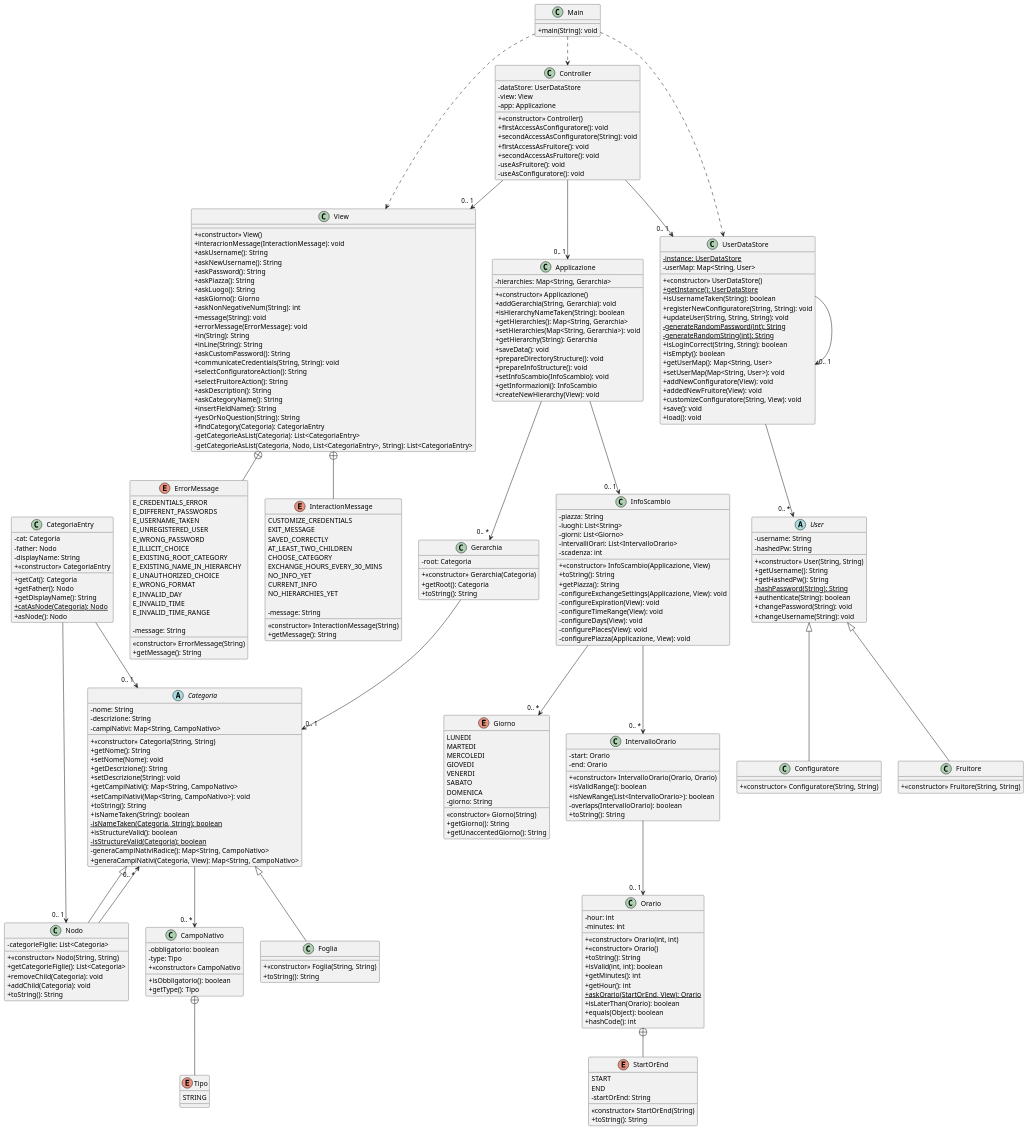
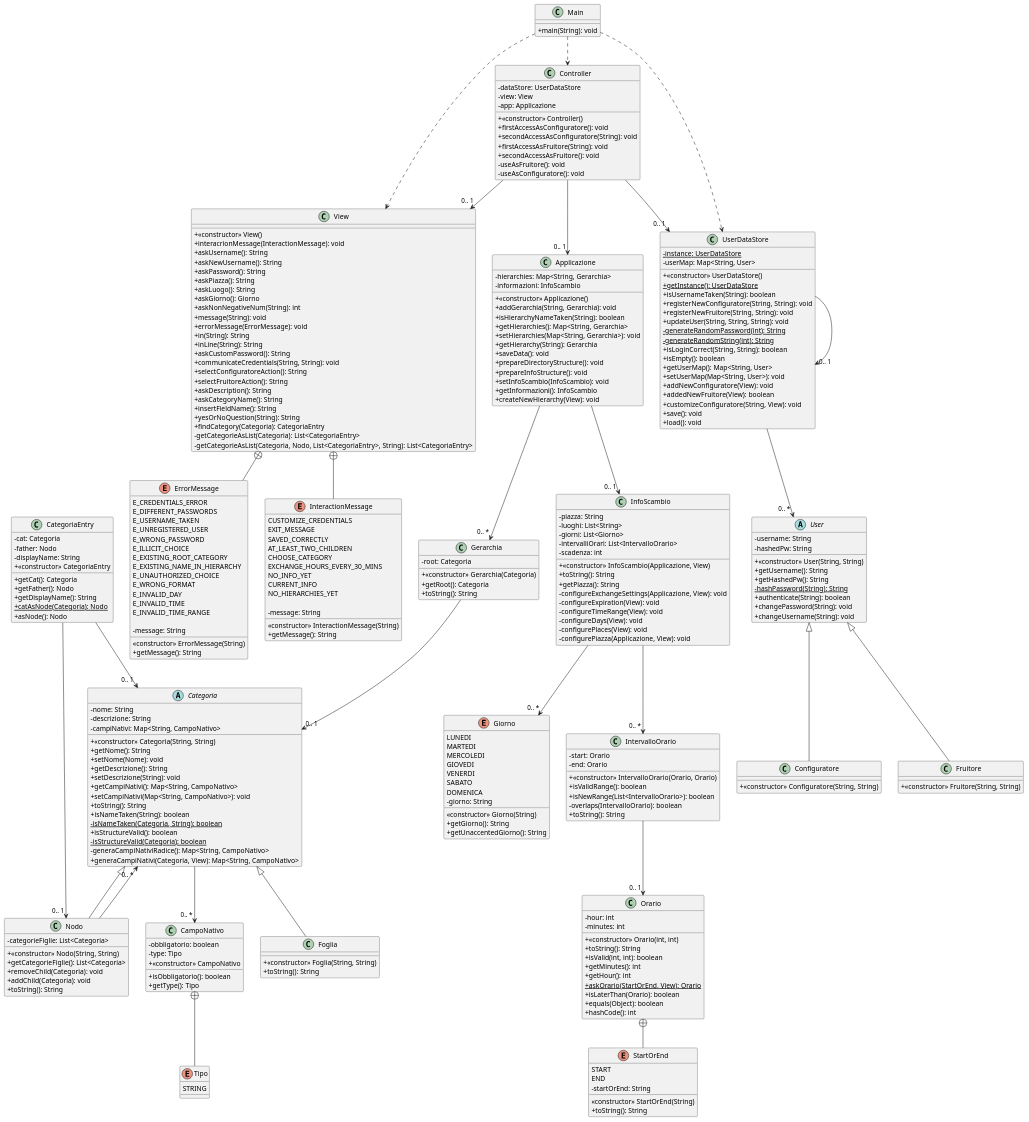
Before and after one commit to eletoo/inge_del_software: the diagram in doc/uml/version2/puml/Partial class diagram-Version2.0.puml, drawn with PlantUML. The commit also changed 1 other file, not shown here.

```diff
--- a/doc/uml/version2/puml/Partial class diagram-Version2.0.puml
+++ b/doc/uml/version2/puml/Partial class diagram-Version2.0.puml
@@ -3,6 +3,7 @@
 
 class Applicazione{
 - hierarchies: Map<String, Gerarchia>
+- informazioni: InfoScambio
 + <<constructor>> Applicazione()
 + addGerarchia(String, Gerarchia): void
 + isHierarchyNameTaken(String): boolean
@@ -147,7 +148,6 @@
 - hour: int
 - minutes: int
 + <<constructor>> Orario(int, int)
-+ <<constructor>> Orario()
 + toString(): String
 + isValid(int, int): boolean
 + getMinutes(): int
@@ -236,6 +236,7 @@
 + {static}getInstance(): UserDataStore
 + isUsernameTaken(String): boolean
 + registerNewConfiguratore(String, String): void
++ registerNewFruitore(String, String): void
 + updateUser(String, String, String): void
 - {static}generateRandomPassword(int): String
 - {static}generateRandomString(int): String
@@ -244,7 +245,7 @@
 + getUserMap(): Map<String, User>
 + setUserMap(Map<String, User>): void
 + addNewConfiguratore(View): void
-+ addedNewFruitore(View): void
++ addedNewFruitore(View): boolean
 + customizeConfiguratore(String, View): void
 + save(): void
 + load(): void
@@ -257,7 +258,7 @@
 + <<constructor>> Controller()
 + firstAccessAsConfiguratore(): void
 + secondAccessAsConfiguratore(String): void
-+ firstAccessAsFruitore(): void
++ firstAccessAsFruitore(String): void
 + secondAccessAsFruitore(): void
 - useAsFruitore(): void
 - useAsConfiguratore(): void
```
